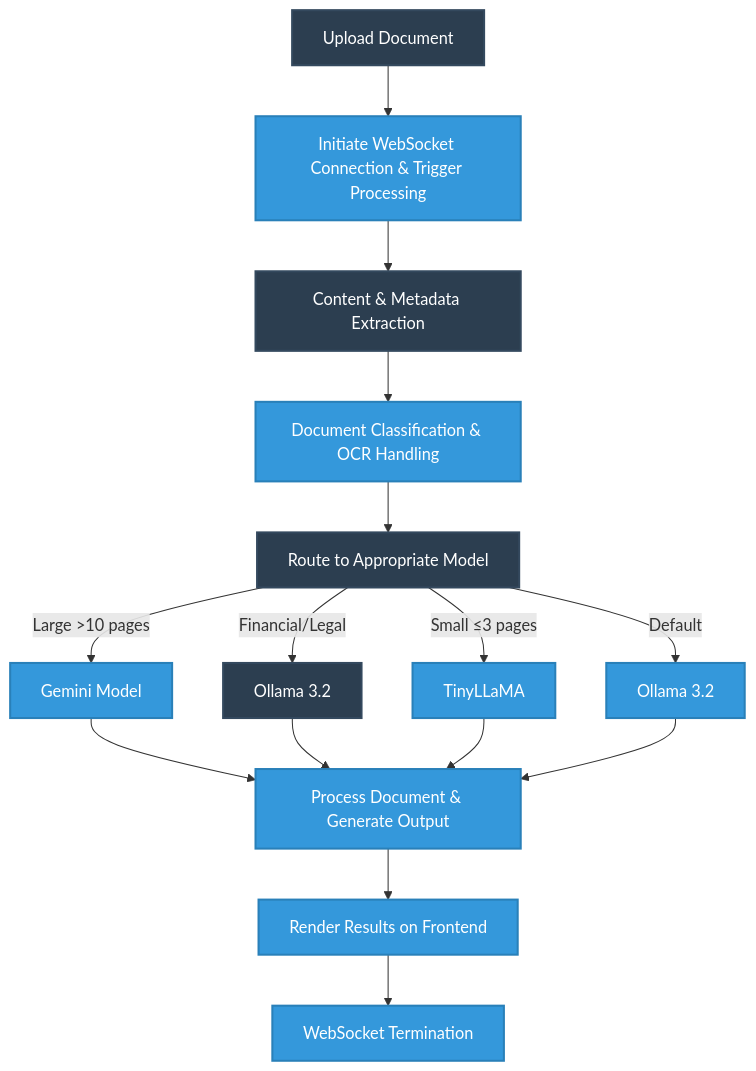
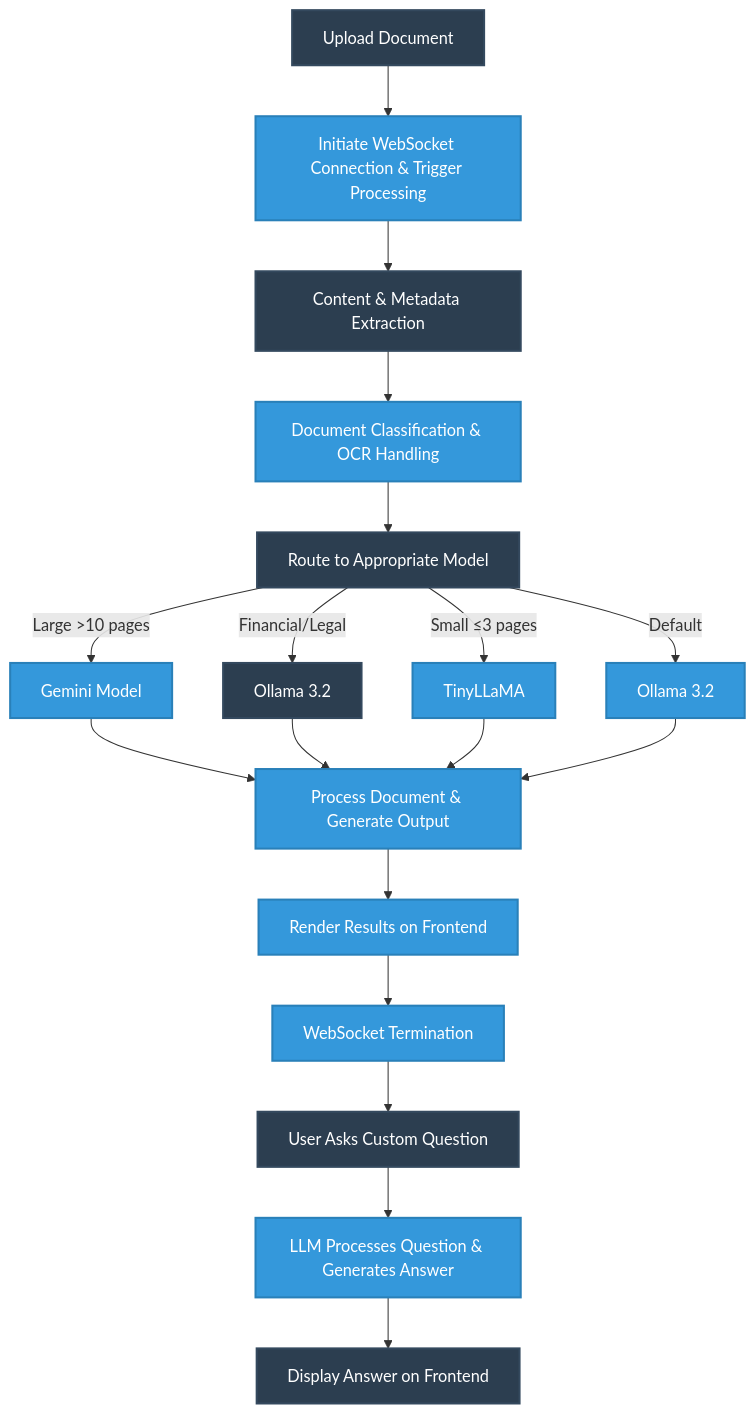
One commit to pharshithaa/document-processing-system changed the diagram in README.md. Above: the diagram before and after it, drawn with Mermaid. The commit also changed other lines of this file and 5 other files, not shown here.

````diff
--- a/README.md
+++ b/README.md
@@ -7,42 +7,48 @@
 ```mermaid
 graph TD
     %% Frontend Flow
     A[Upload Document] --> B[Initiate WebSocket Connection & Trigger Processing]
     B --> C[Content & Metadata Extraction]
     
     %% Backend Processing
     C --> D[Document Classification & OCR Handling]
     D --> E[Route to Appropriate Model]
 
     %% Processing Paths
     E -->|Large >10 pages| F[Gemini Model]
     E -->|Financial/Legal| G[Ollama 3.2]
     E -->|Small ≤3 pages| H[TinyLLaMA]
     E -->|Default| I[Ollama 3.2]
     
     %% Content Processing
     F --> J[Process Document & Generate Output]
     G --> J
     H --> J
     I --> J
 
     
     %% Results & Status
     J --> K[Render Results on Frontend]
     K --> L[WebSocket Termination]
+    L --> M[User Asks Custom Question]
+    M --> N[LLM Processes Question & Generates Answer]
+    N --> O[Display Answer on Frontend]
     
 
     %% Styling - Professional Blue Theme
     style A fill:#2c3e50,stroke:#34495e,stroke-width:2px,color:#fff
     style B fill:#3498db,stroke:#2980b9,stroke-width:2px,color:#fff
     style C fill:#2c3e50,stroke:#34495e,stroke-width:2px,color:#fff
     style D fill:#3498db,stroke:#2980b9,stroke-width:2px,color:#fff
     style E fill:#2c3e50,stroke:#34495e,stroke-width:2px,color:#fff
     style F fill:#3498db,stroke:#2980b9,stroke-width:2px,color:#fff
     style G fill:#2c3e50,stroke:#34495e,stroke-width:2px,color:#fff
     style H fill:#3498db,stroke:#2980b9,stroke-width:2px,color:#fff
     style I fill:#3498db,stroke:#2980b9,stroke-width:2px,color:#fff
     style J fill:#3498db,stroke:#2980b9,stroke-width:2px,color:#fff
     style K fill:#3498db,stroke:#2980b9,stroke-width:2px,color:#fff
     style L fill:#3498db,stroke:#2980b9,stroke-width:2px,color:#fff
+    style M fill:#2c3e50,stroke:#34495e,stroke-width:2px,color:#fff
+    style N fill:#3498db,stroke:#2980b9,stroke-width:2px,color:#fff
+    style O fill:#2c3e50,stroke:#34495e,stroke-width:2px,color:#fff
 ```
````
